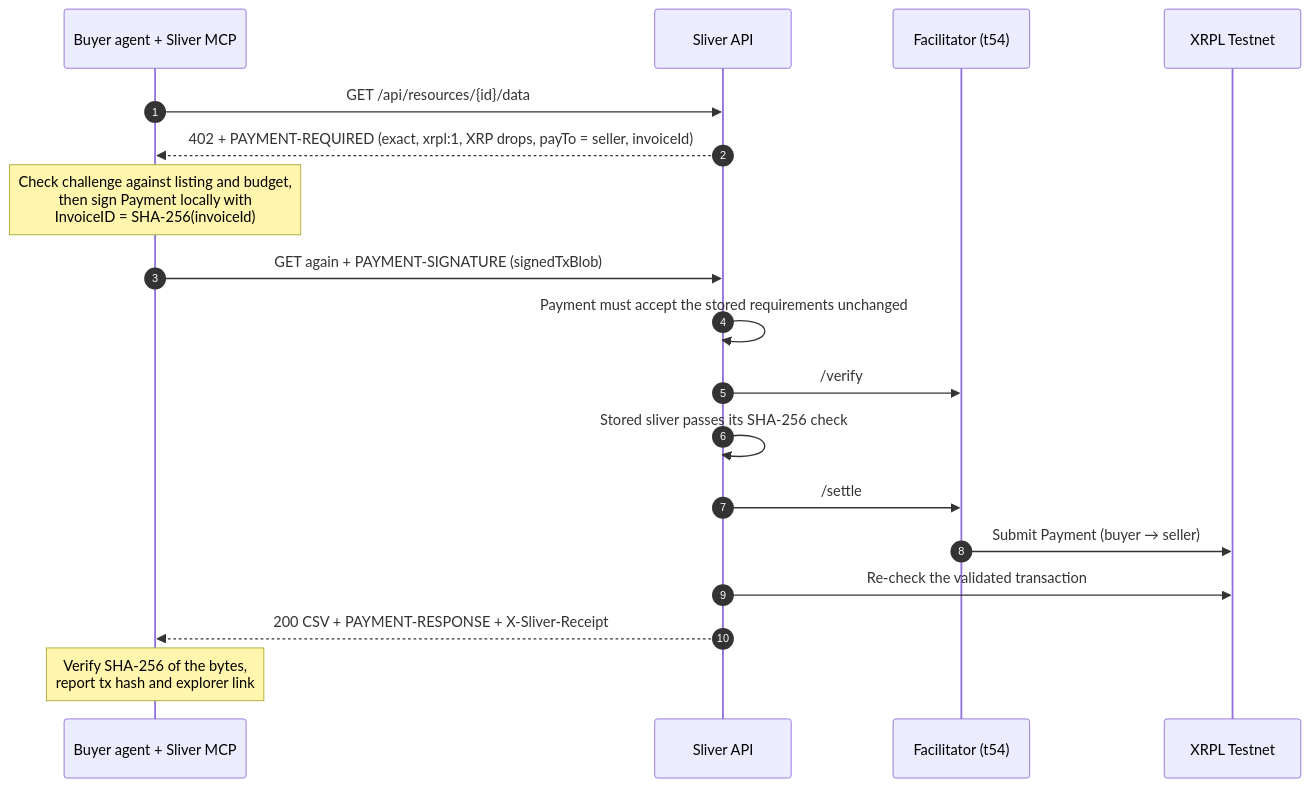
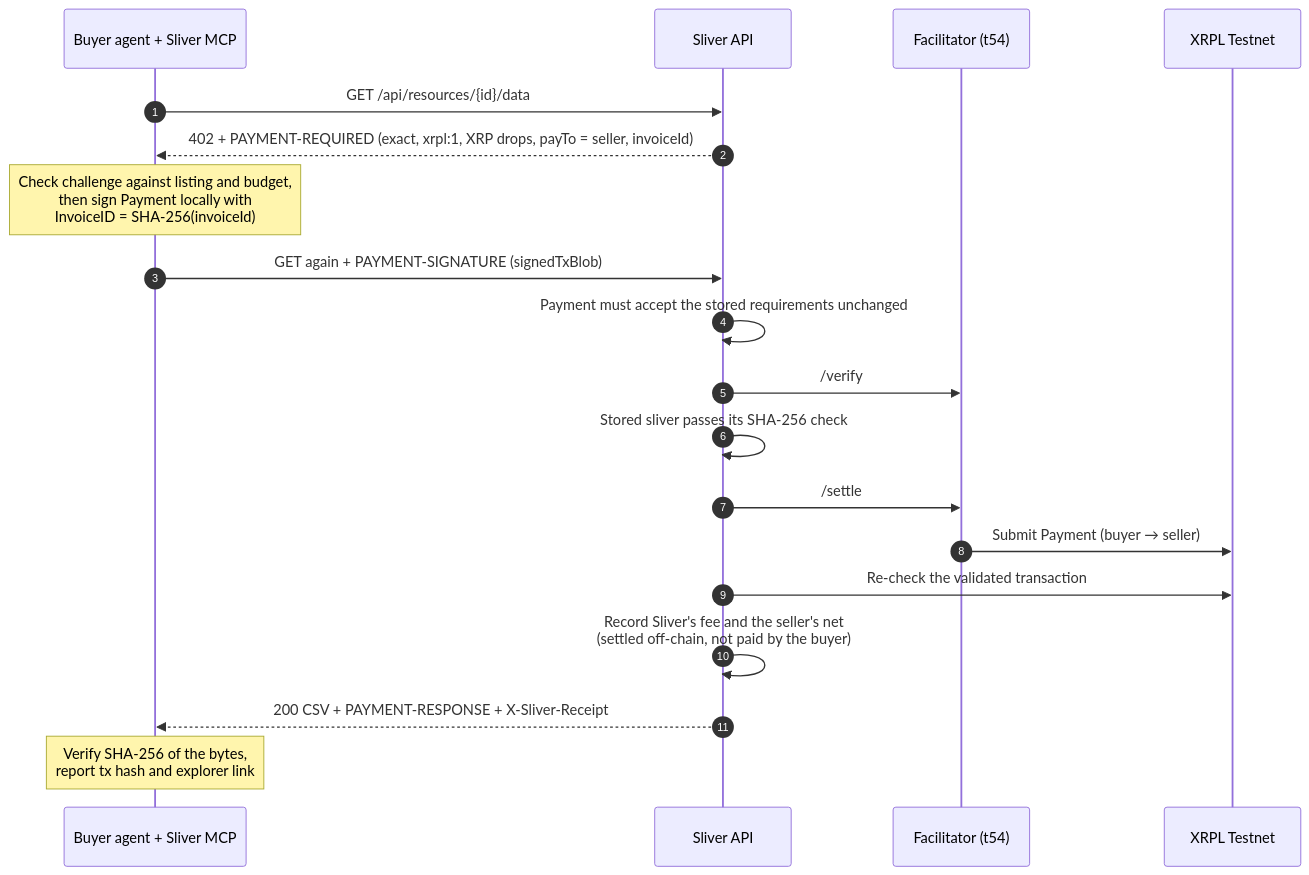
One commit to LAIN-21/sliver changed the second of 2 diagrams in README.md. Above: the diagram before and after it, drawn with Mermaid. The commit also changed other lines of this file and 24 other files, not shown here.

First line of the commit message:
Platform fee: record Sliver's cut per sale, settled off-chain (#38)

````diff
--- a/README.md
+++ b/README.md
@@ -134,20 +134,21 @@
 ```mermaid
 sequenceDiagram
   autonumber
   participant A as Buyer agent + Sliver MCP
   participant S as Sliver API
   participant F as Facilitator (t54)
   participant L as XRPL Testnet
   A->>S: GET /api/resources/{id}/data
   S-->>A: 402 + PAYMENT-REQUIRED (exact, xrpl:1, XRP drops, payTo = seller, invoiceId)
   Note over A: Check challenge against listing and budget,<br/>then sign Payment locally with<br/>InvoiceID = SHA-256(invoiceId)
   A->>S: GET again + PAYMENT-SIGNATURE (signedTxBlob)
   S->>S: Payment must accept the stored requirements unchanged
   S->>F: /verify
   S->>S: Stored sliver passes its SHA-256 check
   S->>F: /settle
   F->>L: Submit Payment (buyer → seller)
   S->>L: Re-check the validated transaction
+  S->>S: Record Sliver's fee and the seller's net<br/>(settled off-chain, not paid by the buyer)
   S-->>A: 200 CSV + PAYMENT-RESPONSE + X-Sliver-Receipt
   Note over A: Verify SHA-256 of the bytes,<br/>report tx hash and explorer link
 ```
````
